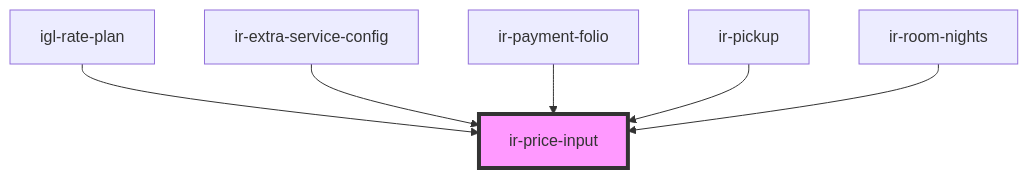
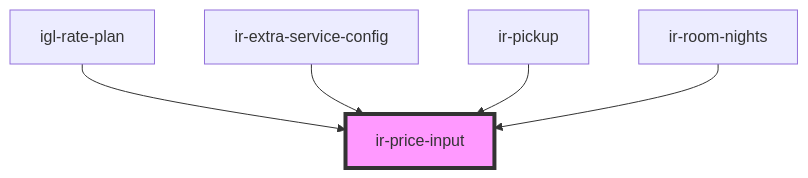
One commit to David1Chowaifaty/modified-ir-webcmp changed the diagram in src/components/ui/ir-price-input/readme.md. Above: the diagram before and after it, drawn with Mermaid. The commit also changed other lines of this file and 70 other files, not shown here.

````diff
--- a/src/components/ui/ir-price-input/readme.md
+++ b/src/components/ui/ir-price-input/readme.md
@@ -52,9 +51,8 @@
 ```mermaid
 graph TD;
   igl-rate-plan --> ir-price-input
   ir-extra-service-config --> ir-price-input
-  ir-payment-folio --> ir-price-input
   ir-pickup --> ir-price-input
   ir-room-nights --> ir-price-input
   style ir-price-input fill:#f9f,stroke:#333,stroke-width:4px
 ```
````
